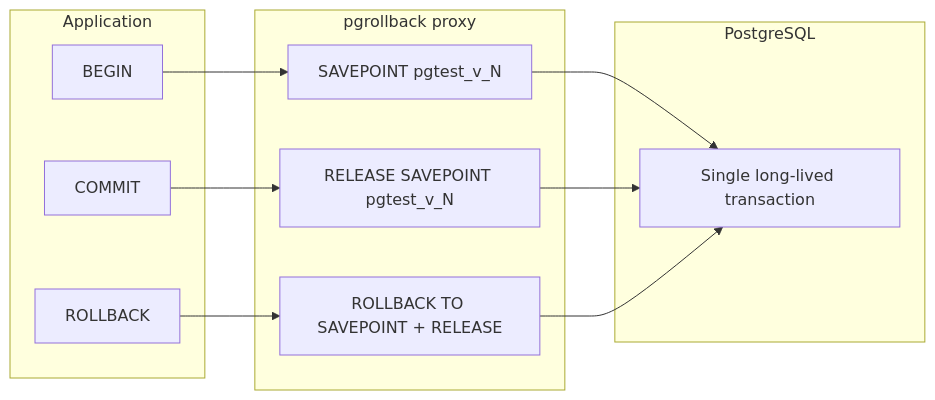
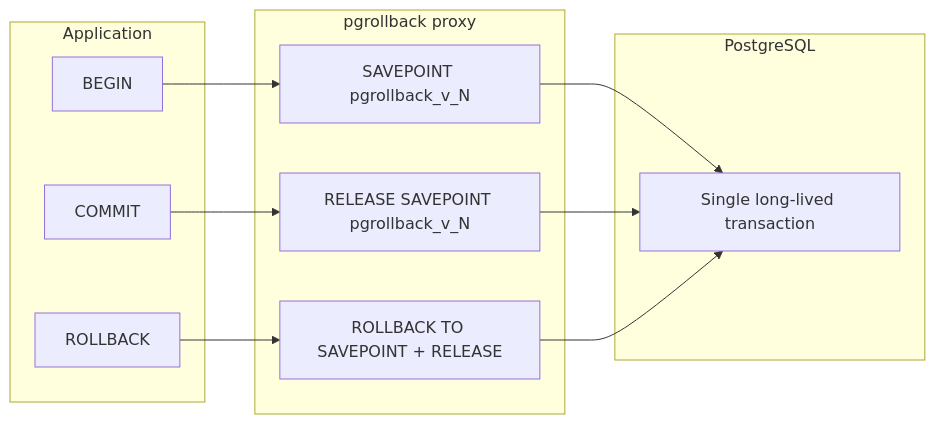
The diagram in README.md (asfixia/pgrollback), drawn with Mermaid before and after one commit. The commit also changed other lines of this file and 43 other files, not shown here.

````diff
--- a/README.md
+++ b/README.md
@@ -340,22 +340,22 @@
 ```mermaid
 flowchart LR
   subgraph app [Application]
     A[BEGIN]
     B[COMMIT]
     C[ROLLBACK]
   end
   subgraph proxy [pgrollback proxy]
-    A2[SAVEPOINT pgtest_v_N]
-    B2[RELEASE SAVEPOINT pgtest_v_N]
+    A2[SAVEPOINT pgrollback_v_N]
+    B2[RELEASE SAVEPOINT pgrollback_v_N]
     C2[ROLLBACK TO SAVEPOINT + RELEASE]
   end
   subgraph db [PostgreSQL]
     TX[Single long-lived transaction]
   end
   A --> A2
   B --> B2
   C --> C2
   A2 --> TX
   B2 --> TX
   C2 --> TX
 ```
````
